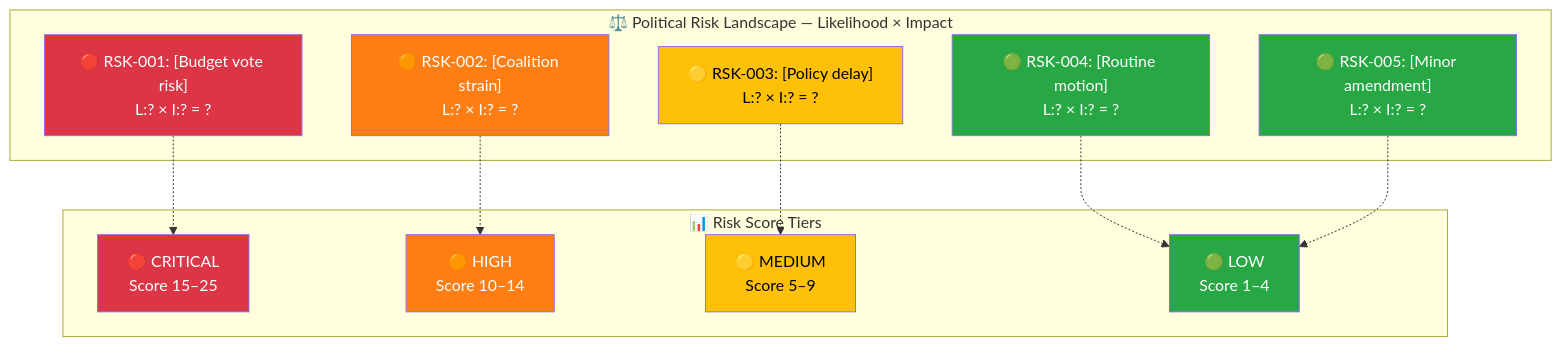
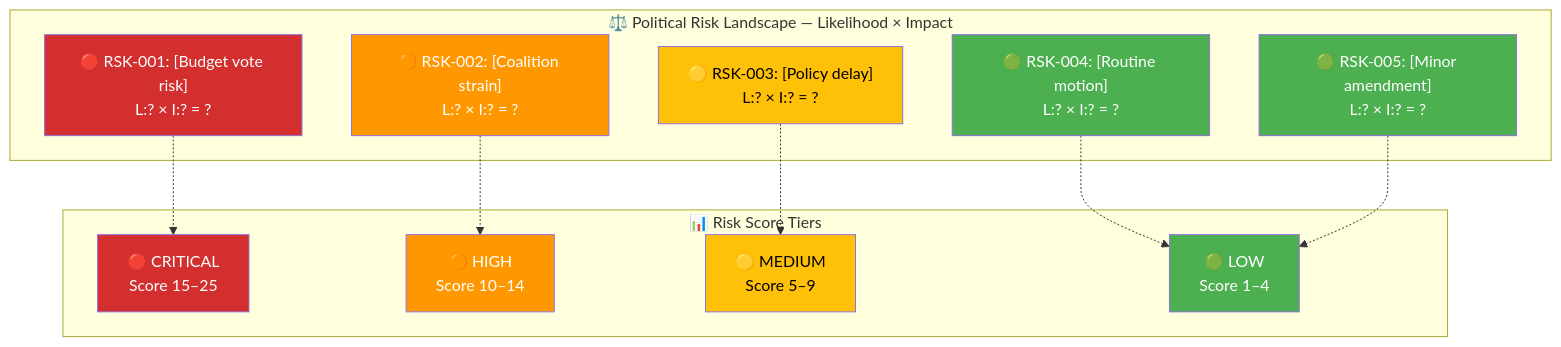
Before and after one commit to Hack23/riksdagsmonitor: the first of 4 diagrams in analysis/templates/risk-assessment.md, drawn with Mermaid. The commit also changed other lines of this file and 14 other files, not shown here.

First line of the commit message:
Align analysis/ mermaid diagrams with ISMS Style Guide palette and convert SWOT to quadrantChart

````diff
--- a/analysis/templates/risk-assessment.md
+++ b/analysis/templates/risk-assessment.md
@@ -86,33 +86,33 @@
 ```mermaid
 graph TD
     subgraph "⚖️ Political Risk Landscape — Likelihood × Impact"
         R1["🔴 RSK-001: [Budget vote risk]<br/>L:? × I:? = ?"]
         R2["🟠 RSK-002: [Coalition strain]<br/>L:? × I:? = ?"]
         R3["🟡 RSK-003: [Policy delay]<br/>L:? × I:? = ?"]
         R4["🟢 RSK-004: [Routine motion]<br/>L:? × I:? = ?"]
         R5["🟢 RSK-005: [Minor amendment]<br/>L:? × I:? = ?"]
     end
 
     subgraph "📊 Risk Score Tiers"
         TC["🔴 CRITICAL<br/>Score 15–25"]
         TH["🟠 HIGH<br/>Score 10–14"]
         TM["🟡 MEDIUM<br/>Score 5–9"]
         TL["🟢 LOW<br/>Score 1–4"]
     end
 
     R1 -.-> TC
     R2 -.-> TH
     R3 -.-> TM
     R4 -.-> TL
     R5 -.-> TL
 
-    style R1 fill:#dc3545,color:#fff
-    style R2 fill:#fd7e14,color:#fff
-    style R3 fill:#ffc107,color:#000
-    style R4 fill:#28a745,color:#fff
-    style R5 fill:#28a745,color:#fff
-    style TC fill:#dc3545,color:#fff
-    style TH fill:#fd7e14,color:#fff
-    style TM fill:#ffc107,color:#000
-    style TL fill:#28a745,color:#fff
+    style R1 fill:#D32F2F,color:#FFFFFF
+    style R2 fill:#FF9800,color:#FFFFFF
+    style R3 fill:#FFC107,color:#000000
+    style R4 fill:#4CAF50,color:#FFFFFF
+    style R5 fill:#4CAF50,color:#FFFFFF
+    style TC fill:#D32F2F,color:#FFFFFF
+    style TH fill:#FF9800,color:#FFFFFF
+    style TM fill:#FFC107,color:#000000
+    style TL fill:#4CAF50,color:#FFFFFF
 ```
````
